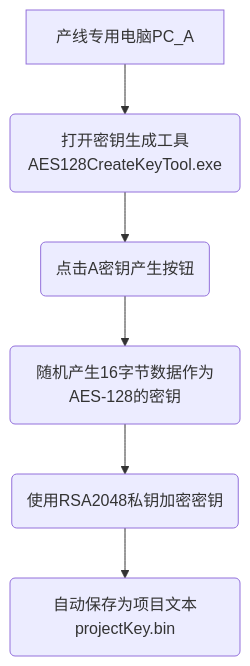
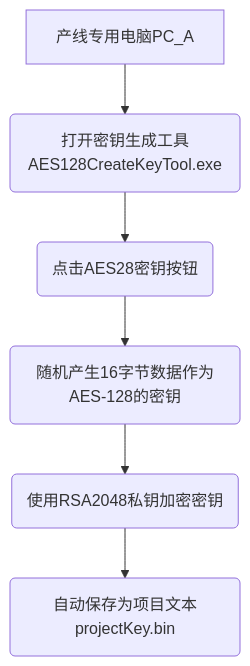
One commit to facebook-cloud/iodraw-files changed the diagram in all/未命名-9.md. Above: the diagram before and after it, drawn with Mermaid.

Commit message:
2026-01-06 20:37:15 update

````diff
--- a/all/未命名-9.md
+++ b/all/未命名-9.md
@@ -1,9 +1,9 @@
 ```mermaid
 graph TD
     A[产线专用电脑PC_A] --> B(打开密钥生成工具AES128CreateKeyTool.exe)
-    B --> C(点击A密钥产生按钮)
+    B --> C(点击AES28密钥按钮)
     C --> D(随机产生16字节数据作为AES-128的密钥)
     D --> E(使用RSA2048私钥加密密钥)
     E --> F(自动保存为项目文本projectKey.bin)
 
 ```
````
